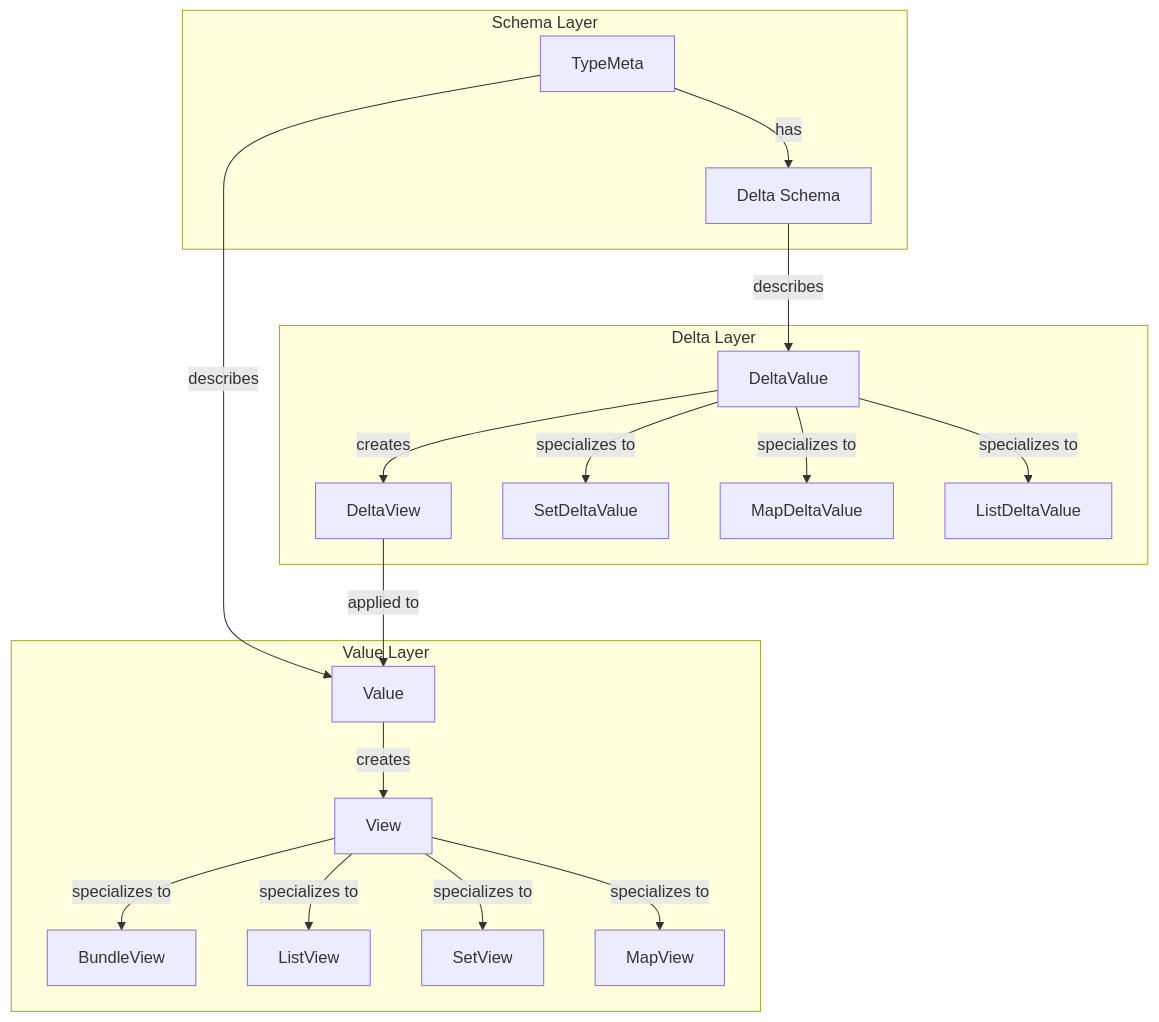
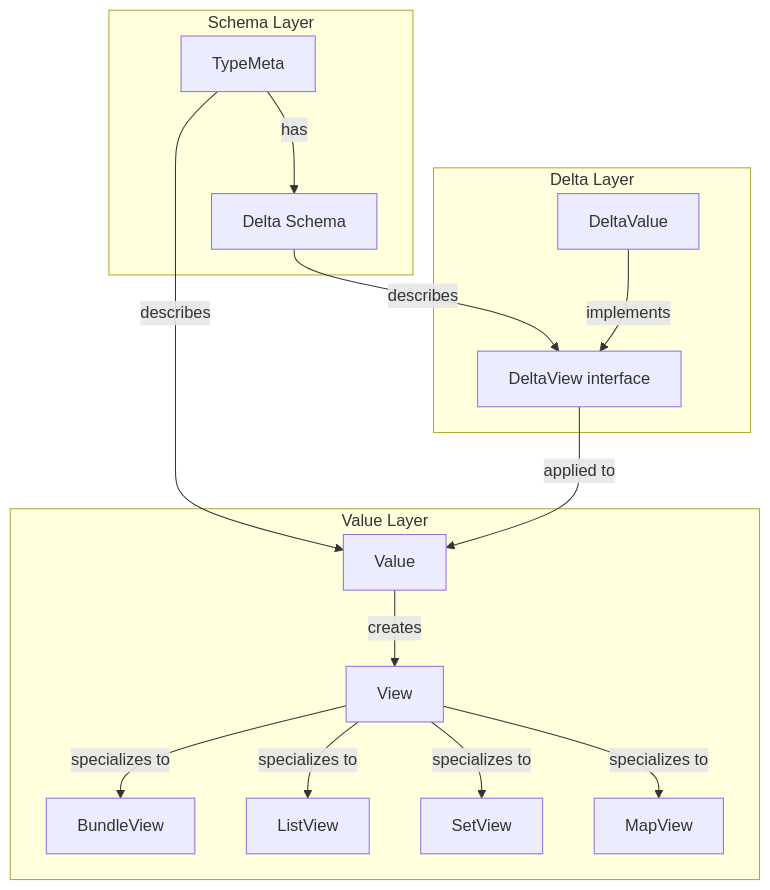
The third of 4 diagrams in ts_value_v2601/user_guide/02_VALUE.md (hhenson/hgraph), drawn with Mermaid before and after one commit. The commit also changed other lines of this file and 3 other files, not shown here.

````diff
--- a/ts_value_v2601/user_guide/02_VALUE.md
+++ b/ts_value_v2601/user_guide/02_VALUE.md
@@ -781,40 +812,34 @@
 ```mermaid
 flowchart TD
     subgraph Schema Layer
         TM[TypeMeta]
         DS[Delta Schema]
     end
 
     subgraph Value Layer
         V[Value]
         VW[View]
         BV[BundleView]
         LV[ListView]
         SV[SetView]
         MV[MapView]
     end
 
     subgraph Delta Layer
+        DVW[DeltaView interface]
         DV[DeltaValue]
-        DVW[DeltaView]
-        SDV[SetDeltaValue]
-        MDV[MapDeltaValue]
-        LDV[ListDeltaValue]
     end
 
     TM -->|describes| V
     TM -->|has| DS
     V -->|creates| VW
     VW -->|specializes to| BV
     VW -->|specializes to| LV
     VW -->|specializes to| SV
     VW -->|specializes to| MV
 
-    DS -->|describes| DV
-    DV -->|creates| DVW
-    DV -->|specializes to| SDV
-    DV -->|specializes to| MDV
-    DV -->|specializes to| LDV
+    DS -->|describes| DVW
+    DV -->|implements| DVW
 
     DVW -->|applied to| V
 ```
````
